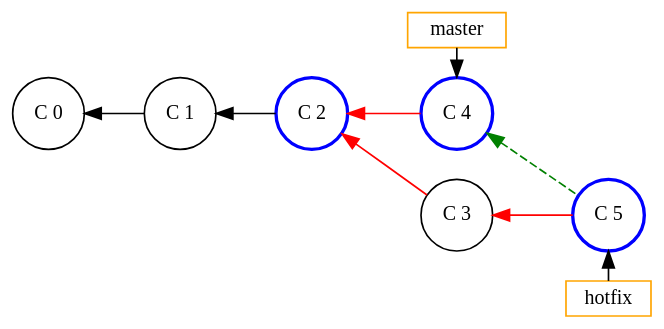
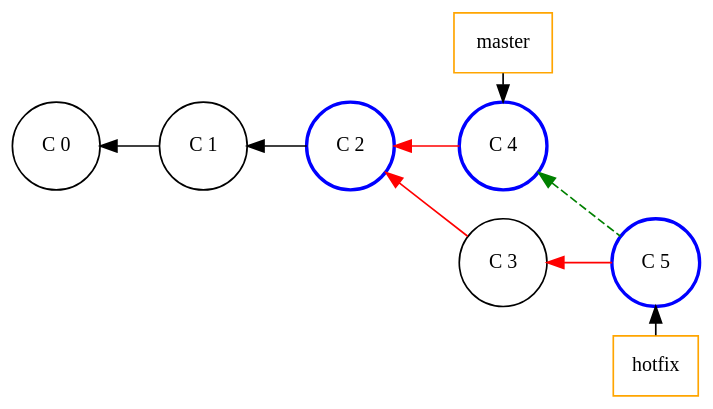
The diagram in slides/intro/src/docs/asciidoc/graphviz/git-merge-1.dot (Gepardec/git-training), drawn with Graphviz before and after one commit. The commit also changed 15 other files, not shown here.

```diff
--- a/slides/intro/src/docs/asciidoc/graphviz/git-merge-1.dot
+++ b/slides/intro/src/docs/asciidoc/graphviz/git-merge-1.dot
@@ -1,40 +1,40 @@
 digraph git_merge_fast_fwd {
     splines=line
     rankdir=LR
     bgcolor=transparent
 
-    node[width=0.2,height=0.2, shape=rect,fontsize=12.0, style="", color=orange]
-    edge[weight=2,dir=back, style=""]
+    node[width=0.3, shape=rect,fontsize=12.0, style="", color=orange]
+    edge[dir=back, style=""]
     master [label="master"]
     hotfix [label="hotfix"]
 
-    node[width=0.6,height=0.6, shape=circle,fontsize=12.0, style="", color=""]
-    edge[weight=2,dir=back, style=""]
+    node[ shape=circle,fontsize=12.0, style="", color=""]
+    edge[dir=back, style=""]
 
     c_0 [label="C 0", group=master]
     c_1 [label="C 1", group=master]
     c_3 [label="C 3", group=branch]
 
     /* Marked nodes */
-    node[shape=ellipse, color=blue, style=bold]
+    node[shape=circle, color=blue, style=bold]
     c_2 [label="C 2", group=master]
     c_4 [label="C 4", group=master]
     c_5 [label="C 5", group=branch]
 
     edge[style=""]
     c_0 -> c_1 -> c_2
     edge[color=red]
     c_2 -> c_4
     c_2 -> c_3
     c_3 -> c_5
 
     edge[color=""]
     master -> c_4 [dir=""]
     c_5 -> hotfix
 
     c_4 -> c_5 [color=green, style=dashed]
 
     {rank=same; master c_4 c_3}
     {rank=same; c_5 hotfix}
 
 }
```
